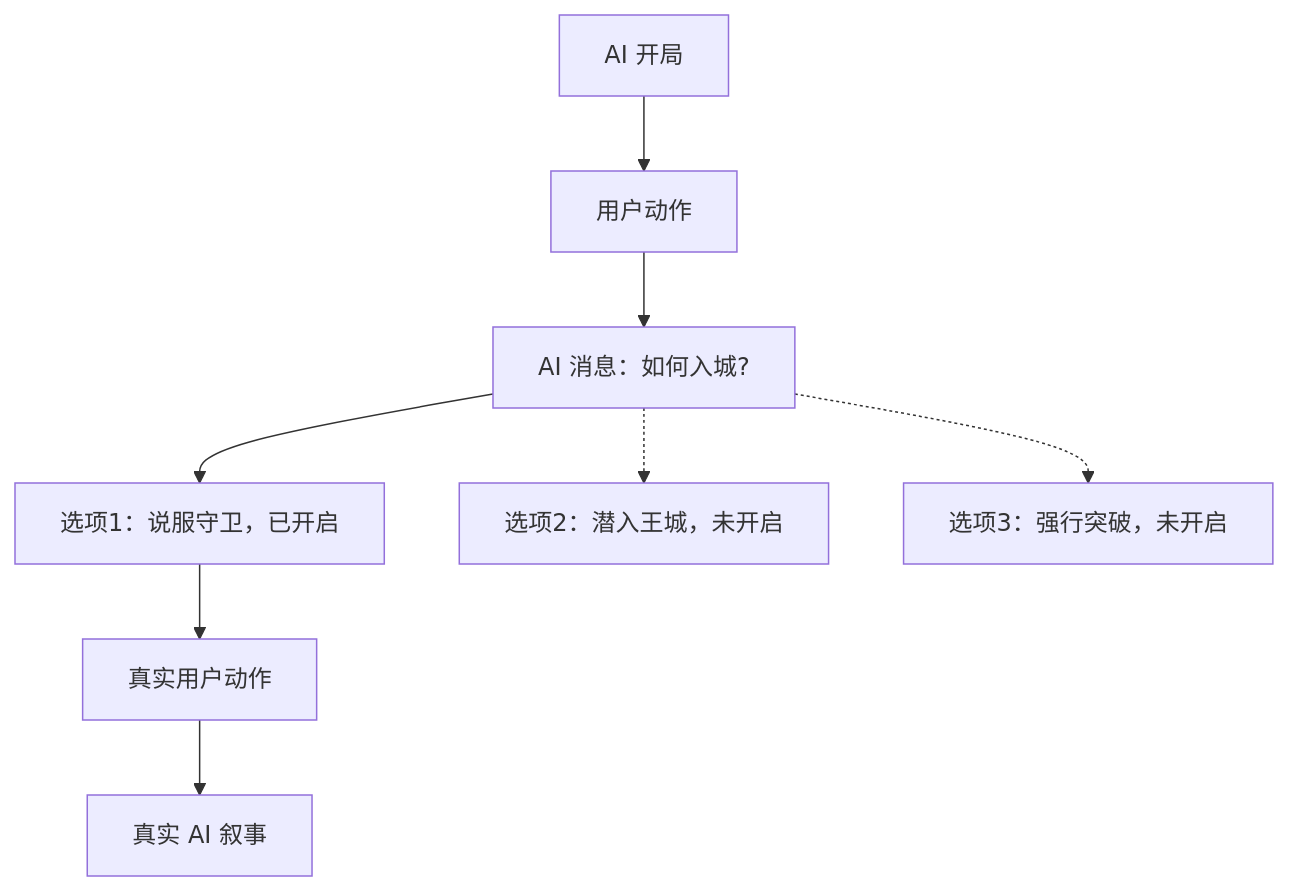
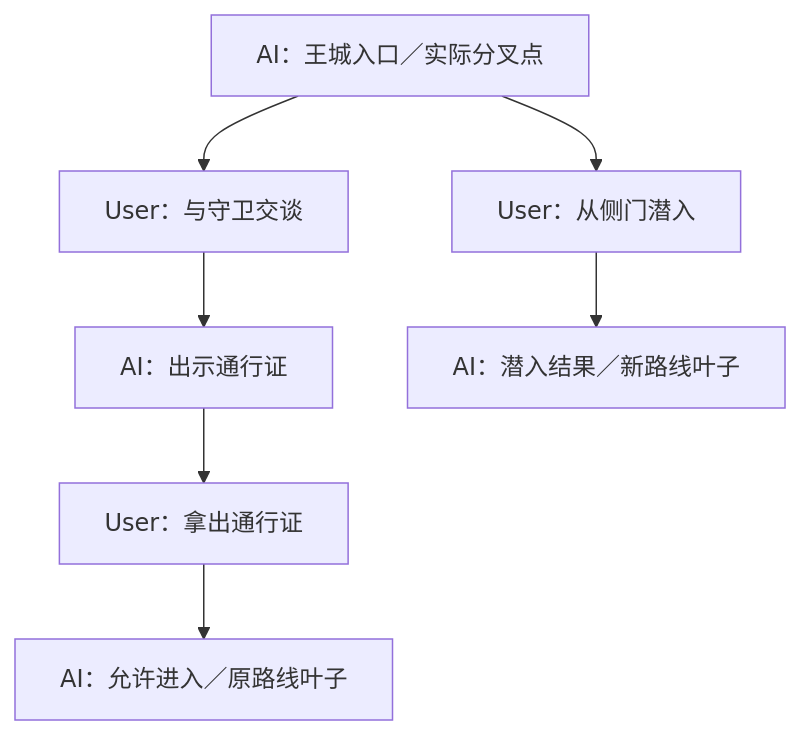
One commit to huiru-wang/SillyRealms changed the diagram in docs/design/session.md. Above: the diagram before and after it, drawn with Mermaid. The commit also changed other lines of this file and 8 other files, not shown here.

````diff
--- a/docs/design/session.md
+++ b/docs/design/session.md
@@ -15,10 +54,9 @@
 ```mermaid
 flowchart TD
-    A0[AI 开局] --> U1[用户动作]
-    U1 --> A1[AI 消息：如何入城?]
-    A1 --> O1[选项1：说服守卫，已开启]
-    A1 -.-> O2[选项2：潜入王城，未开启]
-    A1 -.-> O3[选项3：强行突破，未开启]
-    O1 --> U2[真实用户动作]
-    U2 --> A2[真实 AI 叙事]
+    A1[AI：王城入口／实际分叉点] --> U1[User：与守卫交谈]
+    A1 --> U4[User：从侧门潜入]
+    U1 --> A2[AI：出示通行证]
+    A2 --> U2[User：拿出通行证]
+    U2 --> A3[AI：允许进入／原路线叶子]
+    U4 --> A5[AI：潜入结果／新路线叶子]
 ```
````
